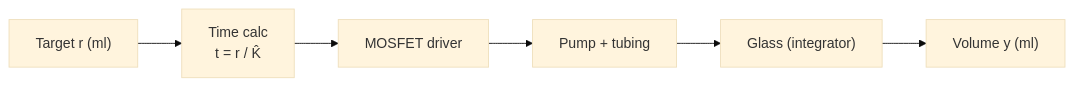
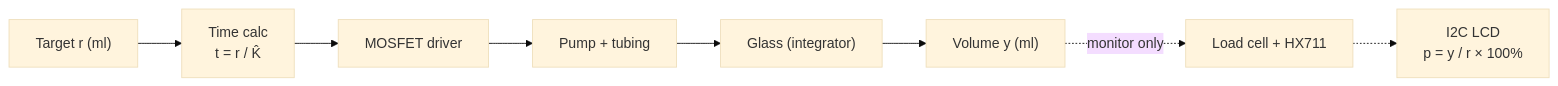
Before and after one commit to Rollie321/acads-notes: the first of 3 diagrams in Feedback/Finals/Project/project-1/overview.md, drawn with Mermaid (base theme). The commit also changed other lines of this file and 4 other files, not shown here.

````diff
--- a/Feedback/Finals/Project/project-1/overview.md
+++ b/Feedback/Finals/Project/project-1/overview.md
@@ -43,8 +55,10 @@
 ```mermaid
 flowchart LR
     R["Target r (ml)"] --> T["Time calc<br/>t = r / K̂"]
     T --> D["MOSFET driver"]
     D --> P["Pump + tubing"]
     P --> G["Glass (integrator)"]
     G --> Y["Volume y (ml)"]
+    Y -.->|"monitor only"| M["Load cell + HX711"]
+    M -.-> LCD["I2C LCD<br/>p = y / r × 100%"]
 ```
````
